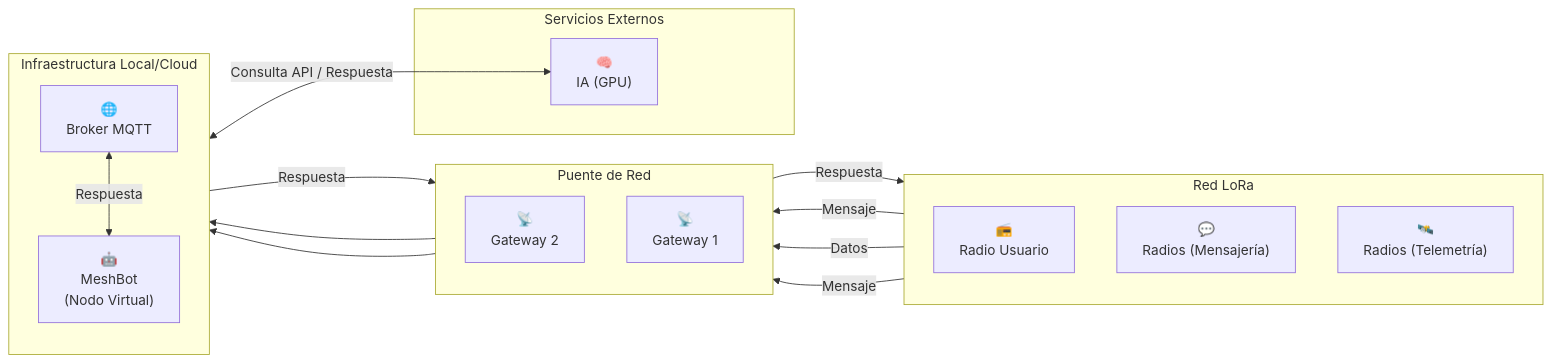
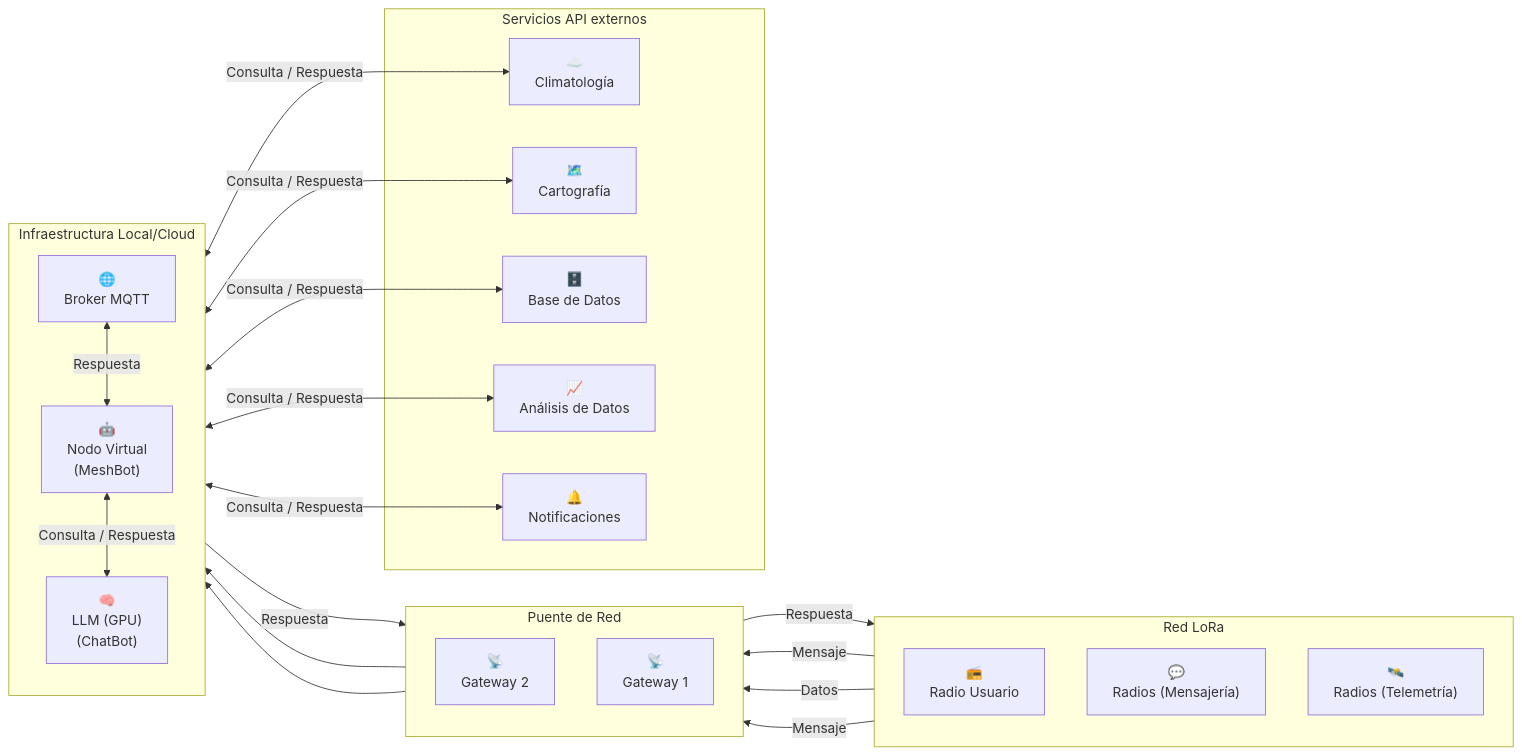
The diagram in README.md (lhupyn/meshbot), drawn with Mermaid before and after one commit. The commit also changed other lines of this file, not shown here.

Commit message:
Update README.md
Servicios API externos

````diff
--- a/README.md
+++ b/README.md
@@ -5,40 +5,49 @@
 ```mermaid
 flowchart LR
     subgraph Red LoRa
         direction TB
         RU["📻<br>Radio Usuario"]
         RM["💬<br>Radios (Mensajería)"]
         RT["🛰️<br>Radios (Telemetría)"]
     end
 
     subgraph Puente de Red
         direction TB
         G2["📡<br>Gateway 2"]
         G1["📡<br>Gateway 1"]
     end
 
     subgraph Infraestructura Local/Cloud
         direction TB
-        MB["🤖<br>MeshBot<br>(Nodo Virtual)"]
+        MB["🤖<br>Nodo Virtual<br>(MeshBot)"]
         M["🌐<br>Broker MQTT"]
+        IA["🧠<br>LLM (GPU)<br>(ChatBot)"]
     end
 
-    subgraph Servicios Externos
-        IA["🧠<br>IA (GPU)"]
+    subgraph Servicios API externos
+        CLI["☁️<br>Climatología"]
+        GEO["🗺️<br>Cartografía"]
+        BD["🗄️<br>Base de Datos"]
+        AD["📈<br>Análisis de Datos"]
+        N["🔔<br>Notificaciones"]
     end
 
     %% Flujo de Entrada
     RM -- "Mensaje" --> G2
     RT -- "Datos" --> G2
     RU -- "Mensaje" --> G1
     G1 --> M
     G2 --> M
     
     %% Flujo Interno y Procesamiento
     M <-->|Respuesta| MB
-    MB <-->|Consulta API / Respuesta| IA
-    
+    MB <-->|Consulta / Respuesta| IA
+    IA <-->|Consulta / Respuesta| CLI
+    IA <-->|Consulta / Respuesta| GEO
+    IA <-->|Consulta / Respuesta| BD
+    IA <-->|Consulta / Respuesta| AD
+    IA <-->|Consulta / Respuesta| N
     %% Flujo de Salida
     M -- "Respuesta" --> G1
     G1 -- "Respuesta" --> RU
 ```
````
